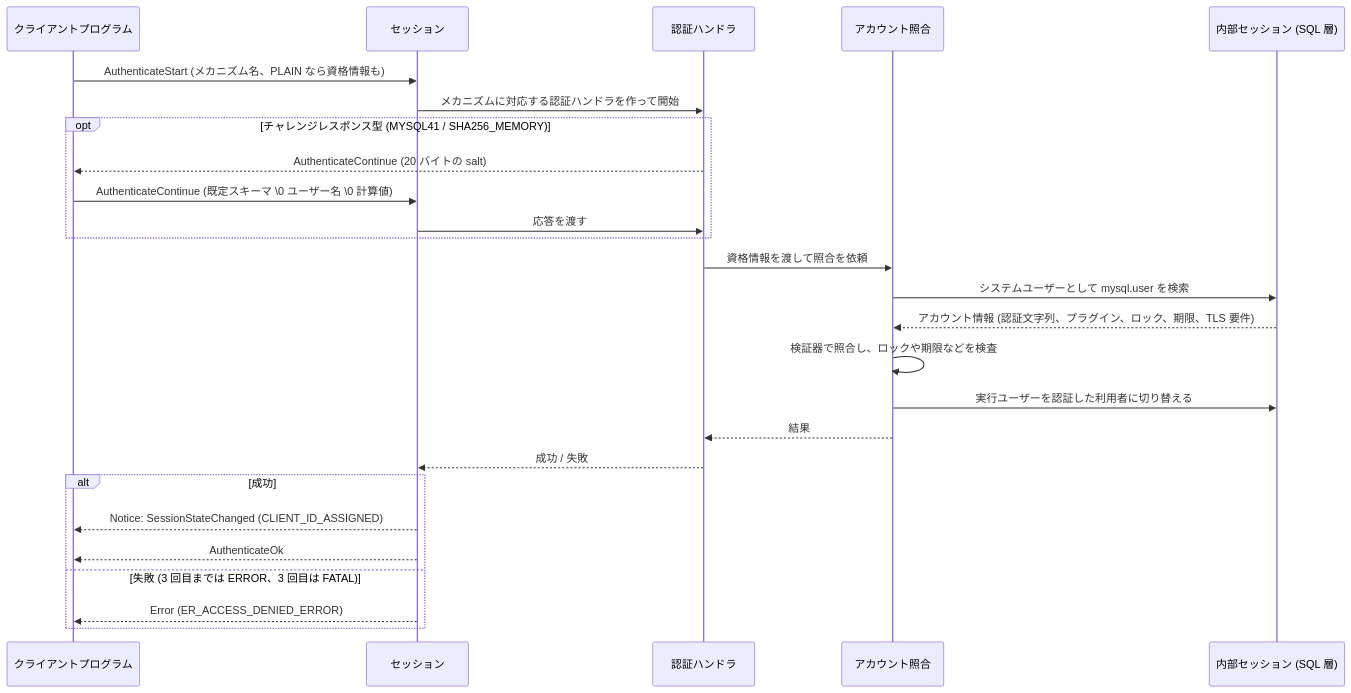
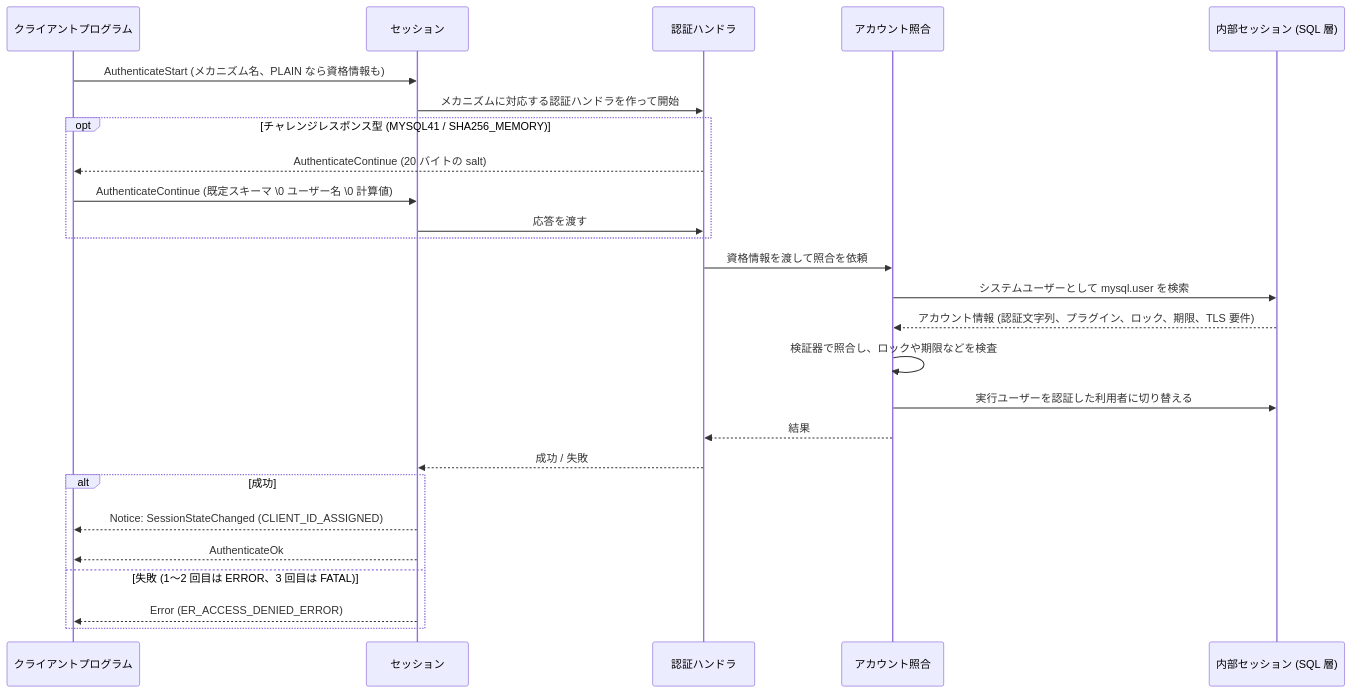
One commit to ren-yamanashi/minesql changed the diagram in docs/specification/connection/authentication.md. Above: the diagram before and after it, drawn with Mermaid. The commit also changed other lines of this file and 4 other files, not shown here.

````diff
--- a/docs/specification/connection/authentication.md
+++ b/docs/specification/connection/authentication.md
@@ -66,28 +53,28 @@
 ```mermaid
 sequenceDiagram
     participant C as クライアントプログラム
     participant S as セッション
     participant A as 認証ハンドラ
     participant V as アカウント照合
     participant I as 内部セッション (SQL 層)
     C->>S: AuthenticateStart (メカニズム名、PLAIN なら資格情報も)
     S->>A: メカニズムに対応する認証ハンドラを作って開始
     opt チャレンジレスポンス型 (MYSQL41 / SHA256_MEMORY)
         A-->>C: AuthenticateContinue (20 バイトの salt)
         C->>S: AuthenticateContinue (既定スキーマ \0 ユーザー名 \0 計算値)
         S->>A: 応答を渡す
     end
     A->>V: 資格情報を渡して照合を依頼
     V->>I: システムユーザーとして mysql.user を検索
     I-->>V: アカウント情報 (認証文字列、プラグイン、ロック、期限、TLS 要件)
     V->>V: 検証器で照合し、ロックや期限などを検査
     V->>I: 実行ユーザーを認証した利用者に切り替える
     V-->>A: 結果
     A-->>S: 成功 / 失敗
     alt 成功
         S-->>C: Notice: SessionStateChanged (CLIENT_ID_ASSIGNED)
         S-->>C: AuthenticateOk
-    else 失敗 (3 回目までは ERROR、3 回目は FATAL)
+    else 失敗 (1〜2 回目は ERROR、3 回目は FATAL)
         S-->>C: Error (ER_ACCESS_DENIED_ERROR)
     end
 ```
````
